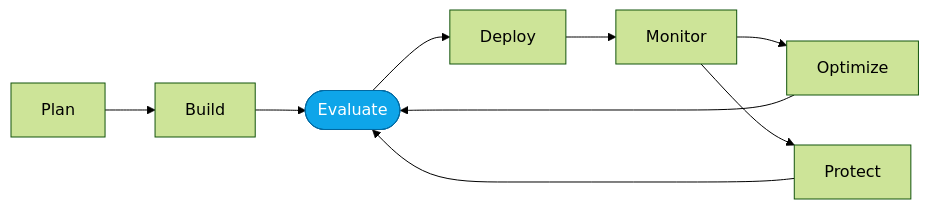
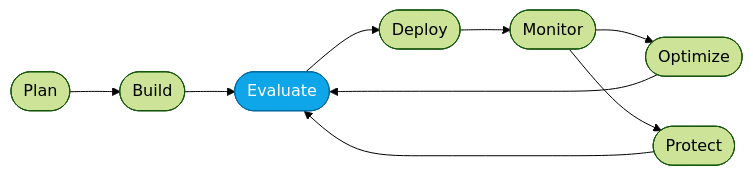
Before and after one commit to microsoft-foundry/agent-optimization-workshop: the diagram in labs/core/02-evaluate-portal.md, drawn with Mermaid (forest theme). The commit also changed other lines of this file and 17 other files, not shown here.

````diff
--- a/labs/core/02-evaluate-portal.md
+++ b/labs/core/02-evaluate-portal.md
@@ -13,7 +14,7 @@
 ```mermaid
 flowchart LR
-    Plan --> Build --> Evaluate([Evaluate]):::active --> Deploy --> Monitor --> Optimize --> Evaluate
-    Monitor --> Protect --> Evaluate
+    Plan([Plan]) --> Build([Build]) --> Evaluate([Evaluate]):::active --> Deploy([Deploy]) --> Monitor([Monitor]) --> Optimize([Optimize]) --> Evaluate
+    Monitor --> Protect([Protect]) --> Evaluate
 
     classDef active fill:#0ea5e9,stroke:#0369a1,color:#fff;
 ```
````
